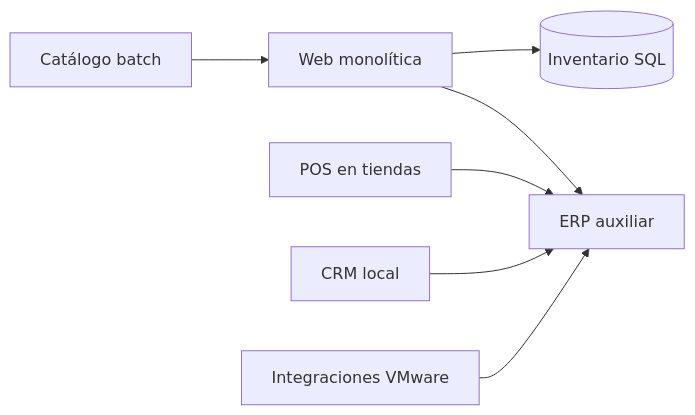
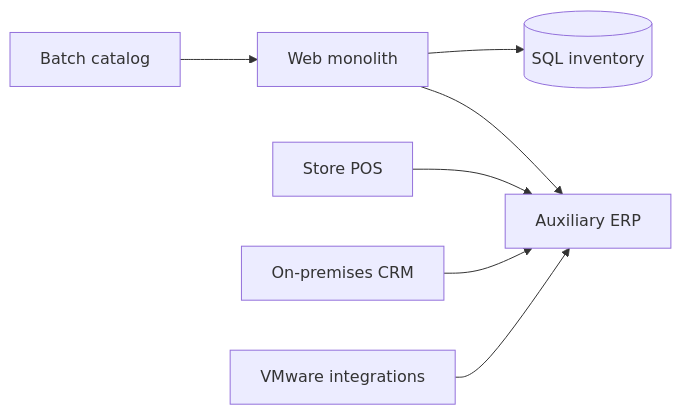
One commit to McAv4l0s/aws-retail-migration-7rs changed the diagram in docs/02-estado-actual.md. Above: the diagram before and after it, drawn with Mermaid. The commit also changed other lines of this file and 11 other files, not shown here.

````diff
--- a/docs/02-estado-actual.md
+++ b/docs/02-estado-actual.md
@@ -5,9 +5,9 @@
 ```mermaid
 flowchart LR
-    WEB[Web monolítica] --> INV[(Inventario SQL)]
-    WEB --> ERP[ERP auxiliar]
-    POS[POS en tiendas] --> ERP
-    BATCH[Catálogo batch] --> WEB
-    CRM[CRM local] --> ERP
-    INT[Integraciones VMware] --> ERP
+    WEB[Web monolith] --> INV[(SQL inventory)]
+    WEB --> ERP[Auxiliary ERP]
+    POS[Store POS] --> ERP
+    BATCH[Batch catalog] --> WEB
+    CRM[On-premises CRM] --> ERP
+    INT[VMware integrations] --> ERP
 ```
````
